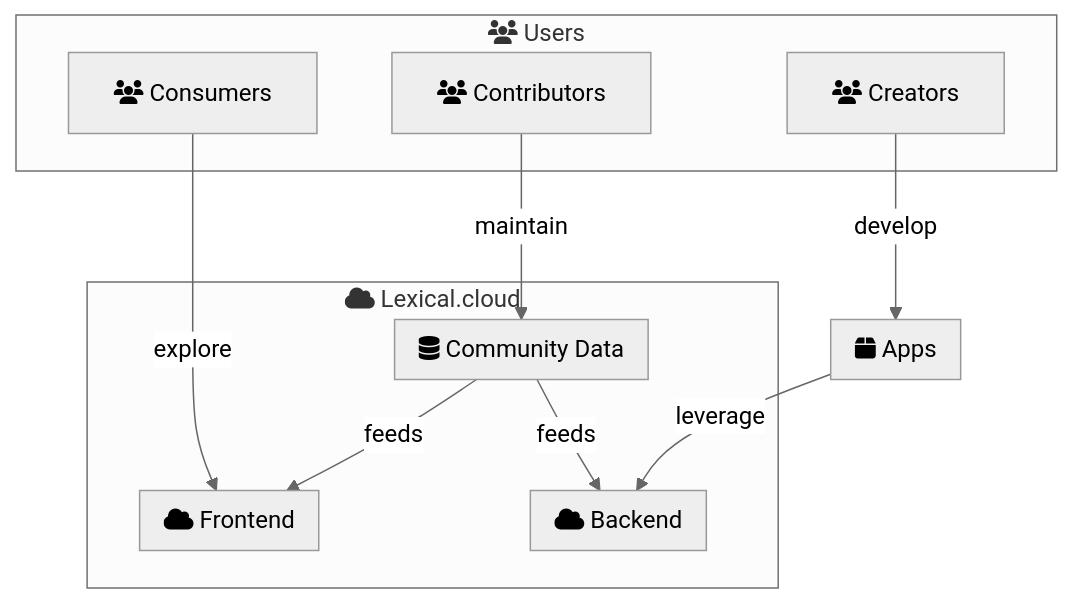
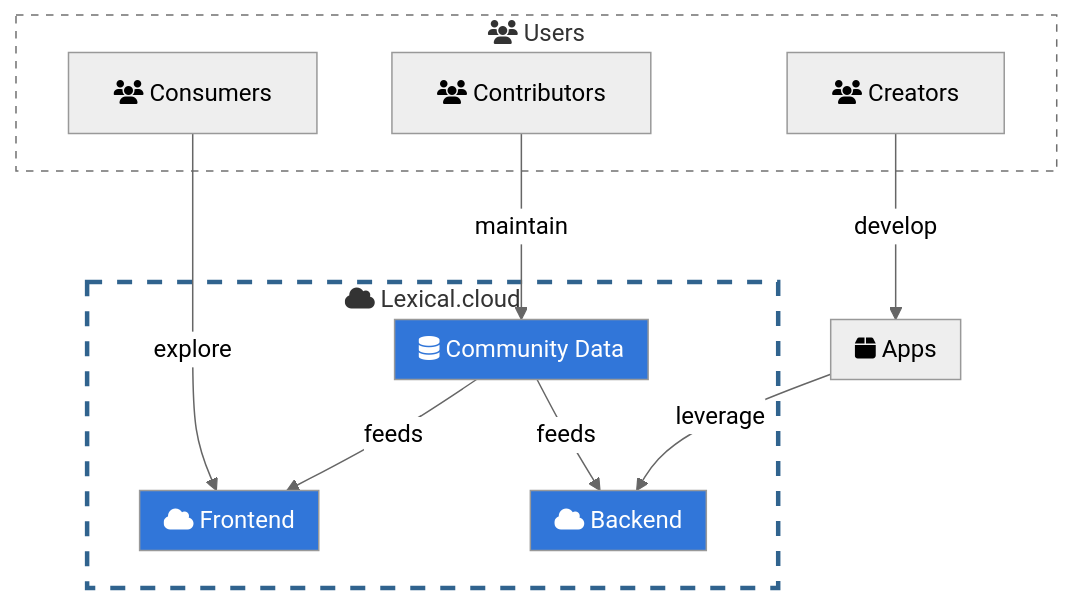
Before and after one commit to lexical-cloud/lexical-cloud-docs: the second of 12 diagrams in en/pages/project.md, drawn with Mermaid (neutral theme). The commit also changed other lines of this file, not shown here.

````diff
--- a/en/pages/project.md
+++ b/en/pages/project.md
@@ -80,37 +83,41 @@
 ```mermaid
 flowchart TD
 %% entities
   U1["fa:fa-users Consumers"]
   U2["fa:fa-users Contributors"]
   U3["fa:fa-users Creators"]
 %% groups
   subgraph G1["fa:fa-users Users"]
     U1
     U2
     U3
   end
   subgraph G2["fa:fa-box Apps"]
   end
   subgraph G3["fa:fa-cloud Lexical.cloud"]
     G4
     G5
     G6
   end
   subgraph G4["fa:fa-database Community Data"]
   end
   subgraph G5["fa:fa-cloud Backend"]
   end
   subgraph G6["fa:fa-cloud Frontend"]
   end
 %% relationships
   U1 -->|explore| G6
   U2 -->|maintain| G4 
   U3 -->|develop| G2
   G4 -->|feeds| G5
   G4 -->|feeds| G6
   G2 -->|leverage| G5
+%% styles
+  classDef clickable fill:#3176d9,color:white
+  style G1 fill:white,stroke-dasharray:5;
+  style G3 fill:white,stroke:#30638E,stroke-dasharray:10,stroke-width:3px;
 %% interactions
   click G4 "#community-data"
   click G5 "#backend"
   click G6 "#frontend"
 ```
````
